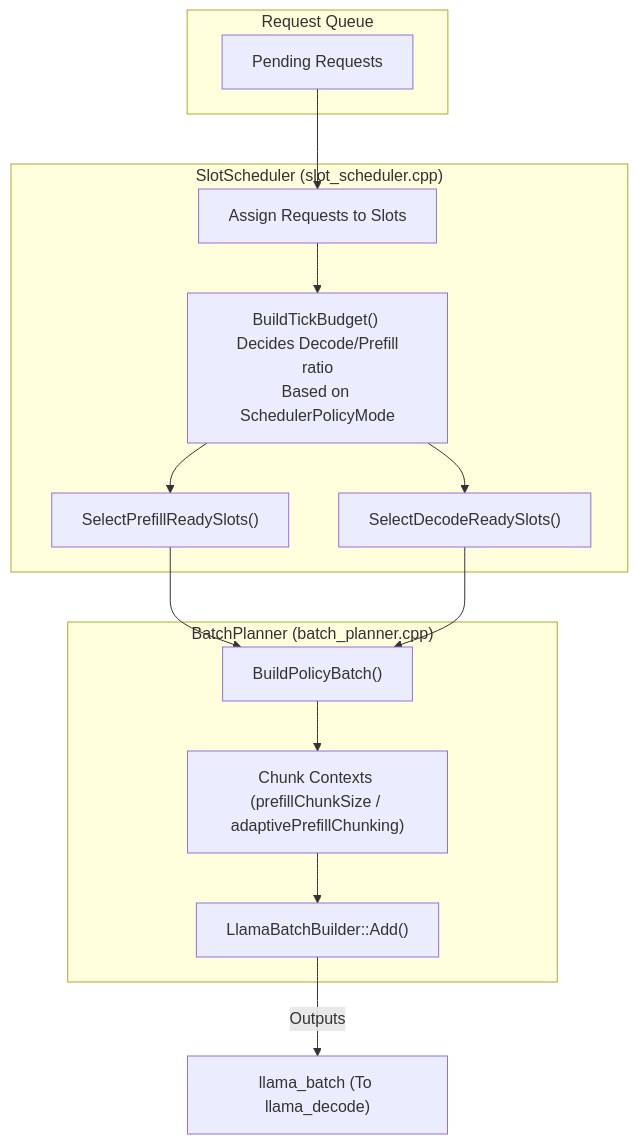
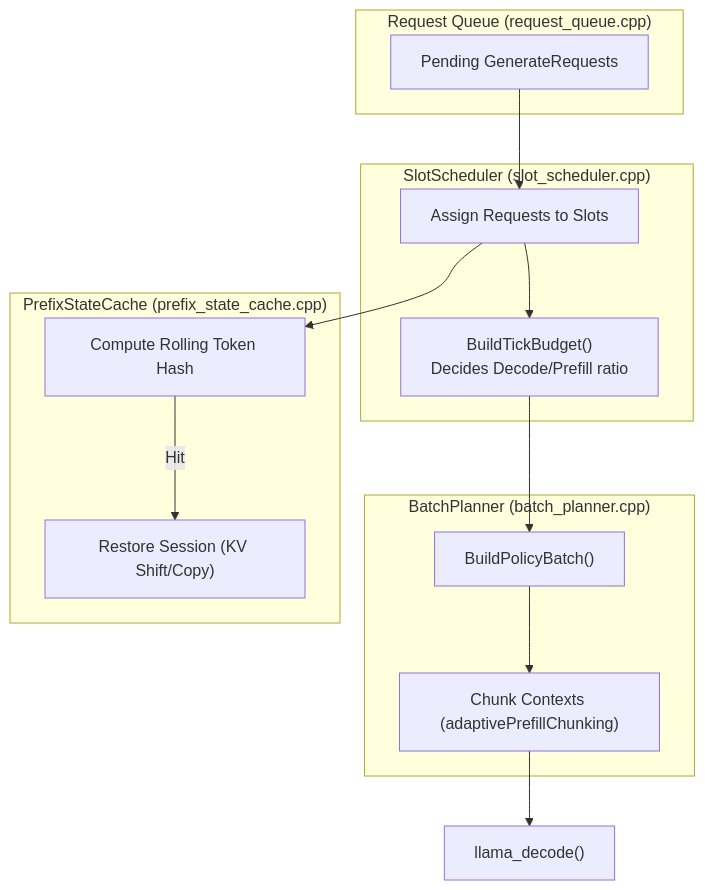
The sixth of 6 diagrams in packages/cogent-engine/docs/inference_system_design.md (noumena-labs/Sipp), drawn with Mermaid before and after one commit. The commit also changed other lines of this file and 4 other files, not shown here.

````diff
--- a/packages/cogent-engine/docs/inference_system_design.md
+++ b/packages/cogent-engine/docs/inference_system_design.md
@@ -395,31 +269,29 @@
 ```mermaid
 graph TD
-    subgraph RequestQueue ["Request Queue"]
-        Pending["Pending Requests"]
+    subgraph RequestQueue ["Request Queue (request_queue.cpp)"]
+        Pending["Pending GenerateRequests"]
     end
 
     subgraph SlotScheduler ["SlotScheduler (slot_scheduler.cpp)"]
         Assign["Assign Requests to Slots"]
-        BuildBudget["BuildTickBudget() <br/> Decides Decode/Prefill ratio<br/>Based on SchedulerPolicyMode"]
-        SelectPrefill["SelectPrefillReadySlots()"]
-        SelectDecode["SelectDecodeReadySlots()"]
+        BuildBudget["BuildTickBudget() <br/> Decides Decode/Prefill ratio"]
     end
 
     subgraph BatchPlanner ["BatchPlanner (batch_planner.cpp)"]
         RoutePolicy["BuildPolicyBatch()"]
-        Chunk["Chunk Contexts (prefillChunkSize / adaptivePrefillChunking)"]
-        AddTokens["LlamaBatchBuilder::Add()"]
+        Chunk["Chunk Contexts (adaptivePrefillChunking)"]
+    end
+
+    subgraph PrefixCache ["PrefixStateCache (prefix_state_cache.cpp)"]
+        ExactMatch["Compute Rolling Token Hash"]
+        Restore["Restore Session (KV Shift/Copy)"]
     end
 
     Pending --> Assign
+    Assign --> ExactMatch
+    ExactMatch --> |Hit| Restore
     Assign --> BuildBudget
-    BuildBudget --> SelectPrefill
-    BuildBudget --> SelectDecode
-
-    SelectPrefill --> RoutePolicy
-    SelectDecode --> RoutePolicy
-
+    BuildBudget --> RoutePolicy
     RoutePolicy --> Chunk
-    Chunk --> AddTokens
-    AddTokens --> |Outputs| BatchOut["llama_batch (To llama_decode)"]
+    Chunk --> LlamaDecode["llama_decode()"]
 ```
````
